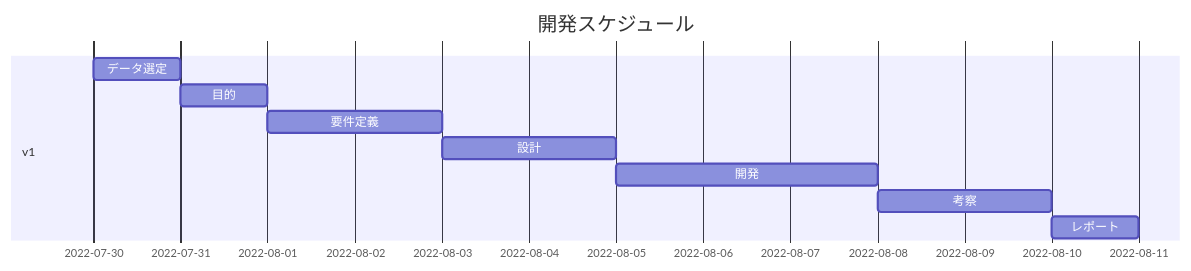
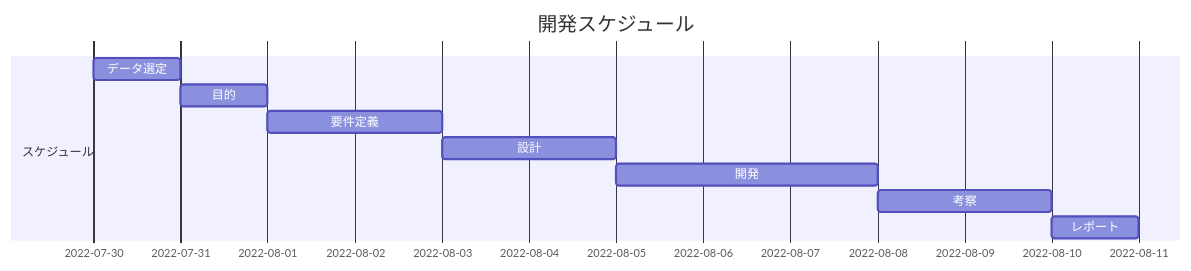
One commit to taiga32/stats changed the diagram in README.md. Above: the diagram before and after it, drawn with Mermaid. The commit also changed other lines of this file, not shown here.

````diff
--- a/README.md
+++ b/README.md
@@ -13,13 +5,14 @@
 ```mermaid
 gantt
   title 開発スケジュール
-  section v1
+  section スケジュール
     データ選定 :data, 2022-07-30, 1d
     目的      :goal, after data, 1d
     要件定義  :definition, after goal, 2d
     設計     :design, after definition, 2d
     開発     :coding, after design, 3d
     考察     :thinking, after coding, 2d
     レポート  :report, after thinking, 1d
  
+ section 実際の進捗
 ```
````
